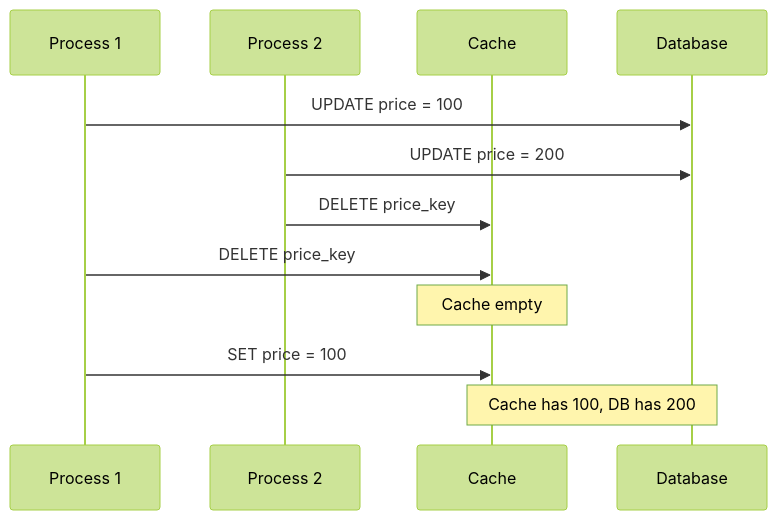
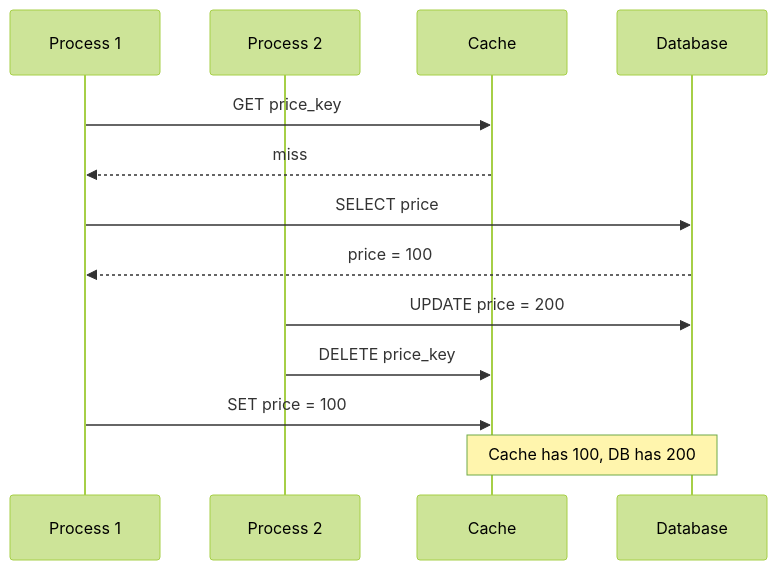
The third of 3 diagrams in posts/2026-01-30-cache-consistency/README.md (OneUptime/blog), drawn with Mermaid (forest theme) before and after one commit. The commit also changed other lines of this file and 2 other files, not shown here.

Commit message:
validate: 2026-01-30-cache-consistency

````diff
--- a/posts/2026-01-30-cache-consistency/README.md
+++ b/posts/2026-01-30-cache-consistency/README.md
@@ -212,15 +215,16 @@
 ```mermaid
 sequenceDiagram
     participant P1 as Process 1
     participant P2 as Process 2
     participant Cache as Cache
     participant DB as Database
 
-    P1->>DB: UPDATE price = 100
+    P1->>Cache: GET price_key
+    Cache-->>P1: miss
+    P1->>DB: SELECT price
+    DB-->>P1: price = 100
     P2->>DB: UPDATE price = 200
     P2->>Cache: DELETE price_key
-    P1->>Cache: DELETE price_key
-    Note over Cache: Cache empty
     P1->>Cache: SET price = 100
     Note over Cache,DB: Cache has 100, DB has 200
 ```
````
